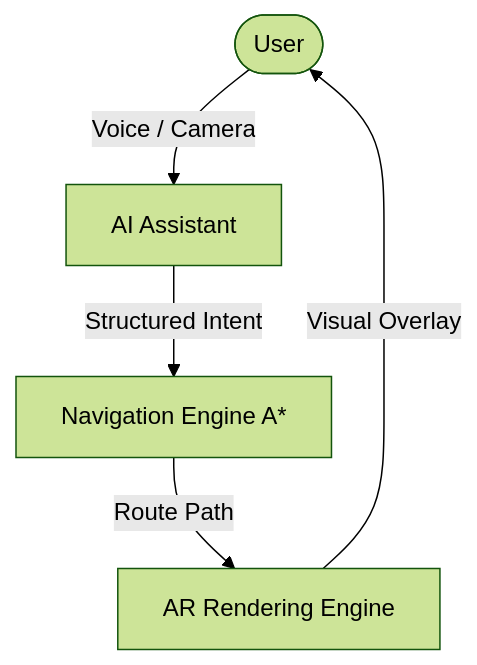
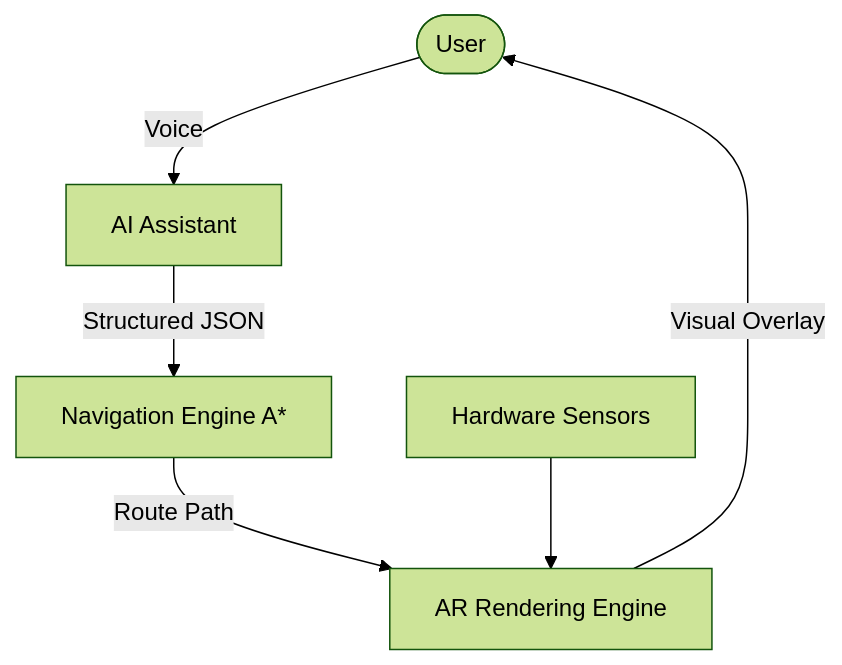
The diagram in README.md (shivansh-kaushik/GAMEMNNIT), drawn with Mermaid (forest theme) before and after one commit. The commit also changed other lines of this file and 2 other files, not shown here.

````diff
--- a/README.md
+++ b/README.md
@@ -139,7 +116,8 @@
 ```mermaid
 graph TD
-    User([User]) -->|Voice / Camera| AI[AI Assistant]
-    AI -->|Structured Intent| Nav["Navigation Engine A*"]
+    User([User]) -->|Voice| AI[AI Assistant]
+    AI -->|Structured JSON| Nav["Navigation Engine A*"]
     Nav -->|Route Path| AR[AR Rendering Engine]
+    Sensors[Hardware Sensors] --> AR
     AR -->|Visual Overlay| User
 ```
````
